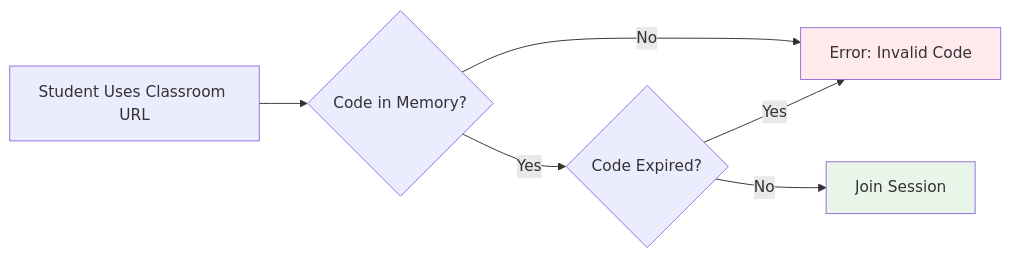
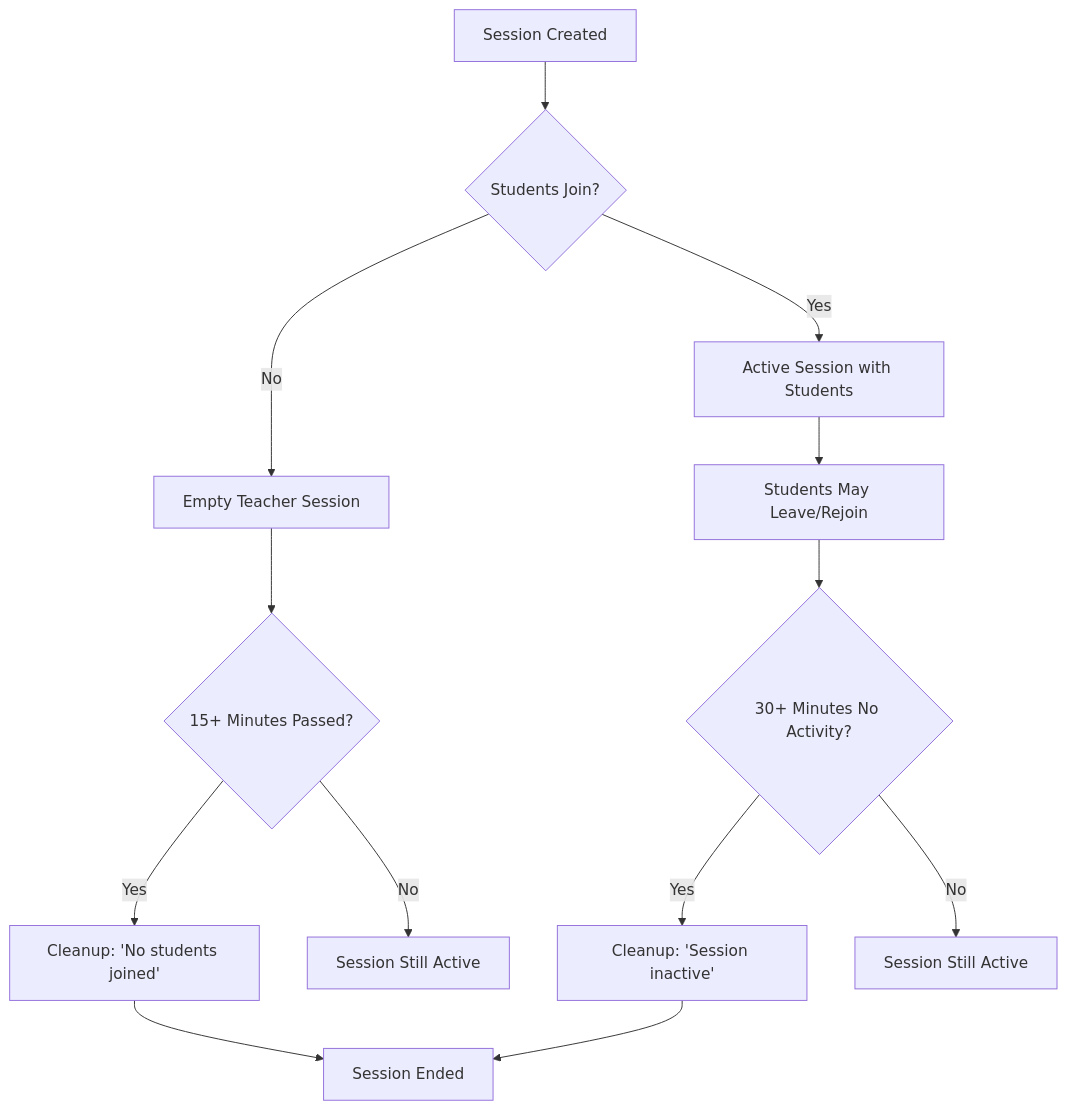
One commit to yogami/AIVoiceTranslator changed the second of 2 diagrams in docs/session-lifecycle-analysis.md. Above: the diagram before and after it, drawn with Mermaid. The commit also changed other lines of this file and 9 other files, not shown here.

````diff
--- a/docs/session-lifecycle-analysis.md
+++ b/docs/session-lifecycle-analysis.md
@@ -109,11 +107,18 @@
 ```mermaid
-graph LR
-    A[Student Uses Classroom URL] --> B{Code in Memory?}
-    B -->|Yes| C{Code Expired?}
-    B -->|No| D[Error: Invalid Code]
-    C -->|Yes| D
-    C -->|No| E[Join Session]
+flowchart TD
+    A[Session Created] --> B{Students Join?}
+    B -->|No| C[Empty Teacher Session]
+    B -->|Yes| D[Active Session with Students]
     
-    style D fill:#ffebee
-    style E fill:#e8f5e8
+    C --> E{15+ Minutes Passed?} 
+    E -->|Yes| F[Cleanup: 'No students joined']
+    E -->|No| G[Session Still Active]
+    
+    D --> H[Students May Leave/Rejoin]
+    H --> I{30+ Minutes No Activity?}
+    I -->|Yes| J[Cleanup: 'Session inactive']
+    I -->|No| K[Session Still Active]
+    
+    F --> L[Session Ended]
+    J --> L
 ```
````
